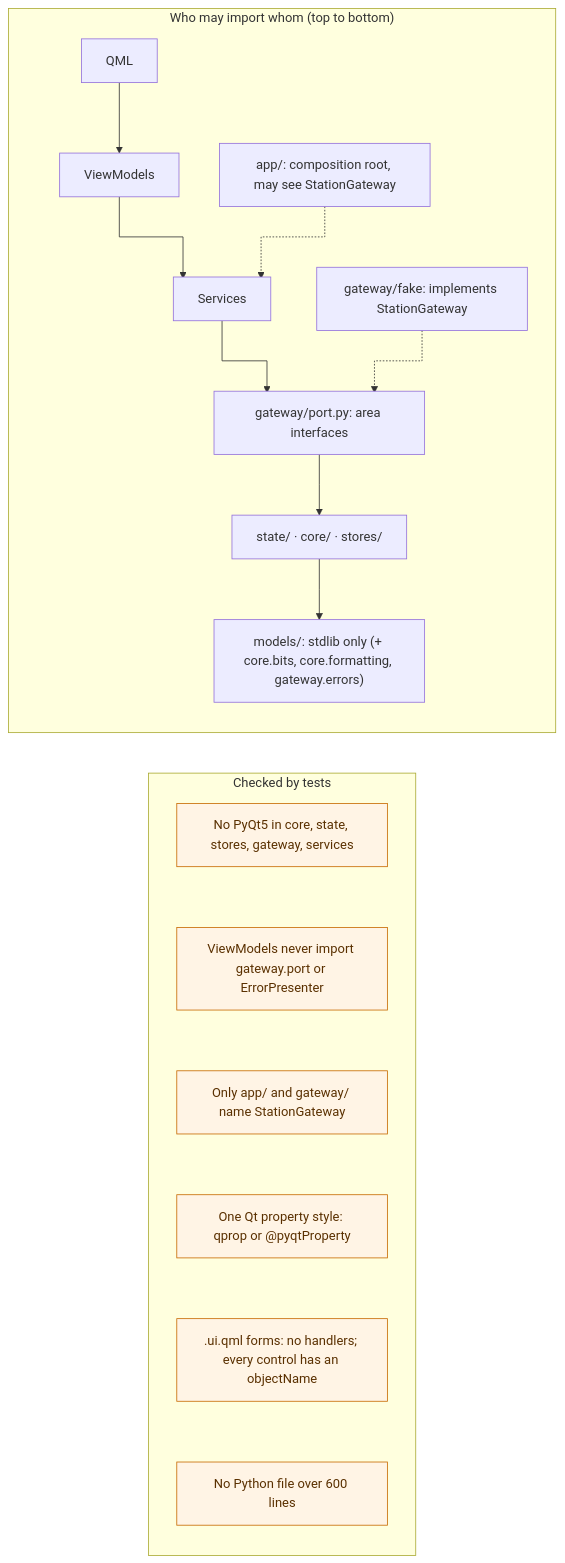
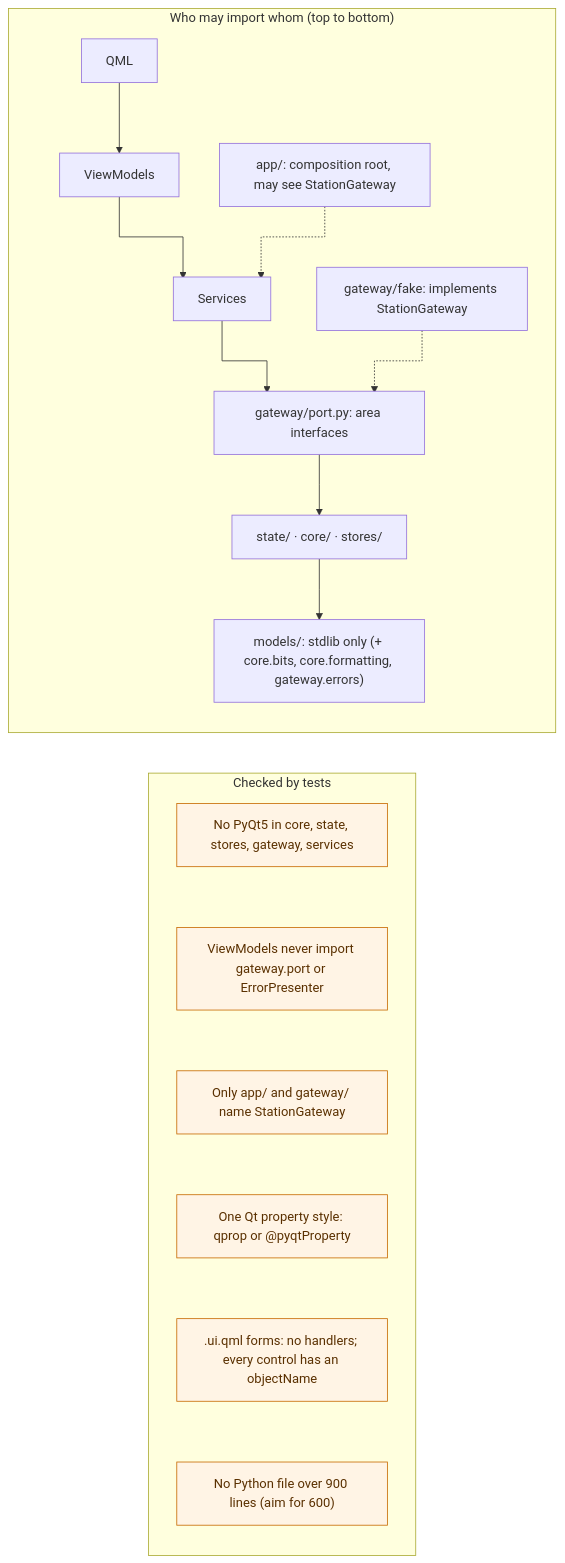
The second of 33 diagrams in docs/ARCHITECTURE.md (ShoyonK/sample_ui), drawn with Mermaid before and after one commit. The commit also changed other lines of this file and 120 other files, not shown here.

````diff
--- a/docs/ARCHITECTURE.md
+++ b/docs/ARCHITECTURE.md
@@ -67,27 +67,27 @@
 ```mermaid
 %%{init: {"flowchart": {"curve": "stepAfter"}}}%%
 flowchart TB
     subgraph stack["Who may import whom (top to bottom)"]
         direction TB
         qml["QML"] --> vm["ViewModels"]
         vm --> svc["Services"]
         svc --> ports["gateway/port.py: area interfaces"]
         ports --> state["state/ · core/ · stores/"]
         state --> models["models/: stdlib only (+ core.bits, core.formatting, gateway.errors)"]
         app["app/: composition root, may see StationGateway"] -.-> svc
         fake["gateway/fake: implements StationGateway"] -.-> ports
     end
     subgraph rules["Checked by tests"]
         direction TB
         r1["No PyQt5 in core, state, stores, gateway, services"]
         r2["ViewModels never import gateway.port or ErrorPresenter"]
         r3["Only app/ and gateway/ name StationGateway"]
         r4["One Qt property style: qprop or @pyqtProperty"]
         r5[".ui.qml forms: no handlers; every control has an objectName"]
-        r6["No Python file over 600 lines"]
+        r6["No Python file over 900 lines (aim for 600)"]
         r1 ~~~ r2 ~~~ r3 ~~~ r4 ~~~ r5 ~~~ r6
     end
     stack ~~~ rules
     classDef rule fill:#fff4e5,stroke:#c76a00,color:#5a3000
     class r1,r2,r3,r4,r5,r6 rule
 ```
````
